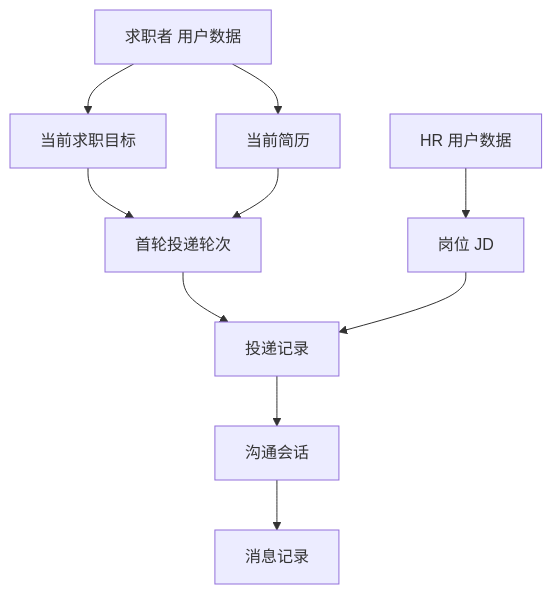
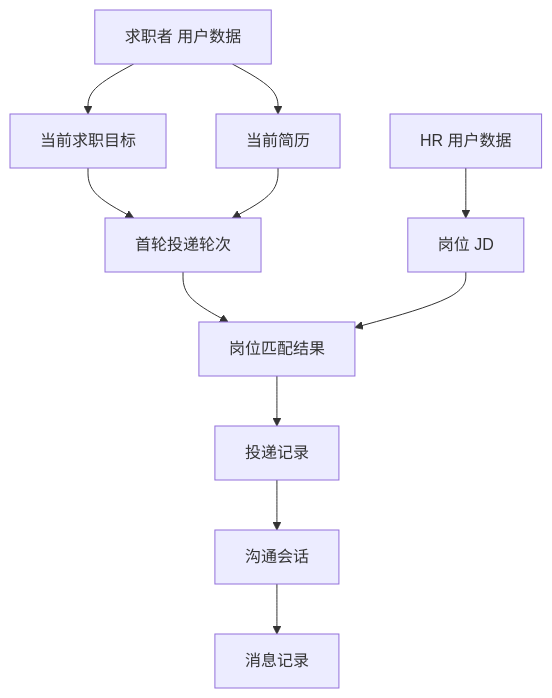
One commit to mingyuexinc/Careerpass changed the first of 3 diagrams in careerpass-frontend/docs/development/local-data-spec.md. Above: the diagram before and after it, drawn with Mermaid. The commit also changed other lines of this file and 29 other files, not shown here.

````diff
--- a/careerpass-frontend/docs/development/local-data-spec.md
+++ b/careerpass-frontend/docs/development/local-data-spec.md
@@ -58,12 +58,13 @@
 ```mermaid
 flowchart TD
     Candidate["求职者 用户数据"] --> Resume["当前简历"]
     Candidate --> Goal["当前求职目标"]
     HR["HR 用户数据"] --> Job["岗位 JD"]
     Goal --> Run["首轮投递轮次"]
     Resume --> Run
-    Run --> Application["投递记录"]
-    Job --> Application
+    Run --> Match["岗位匹配结果"]
+    Job --> Match
+    Match --> Application["投递记录"]
     Application --> Conversation["沟通会话"]
     Conversation --> Message["消息记录"]
 ```
````
